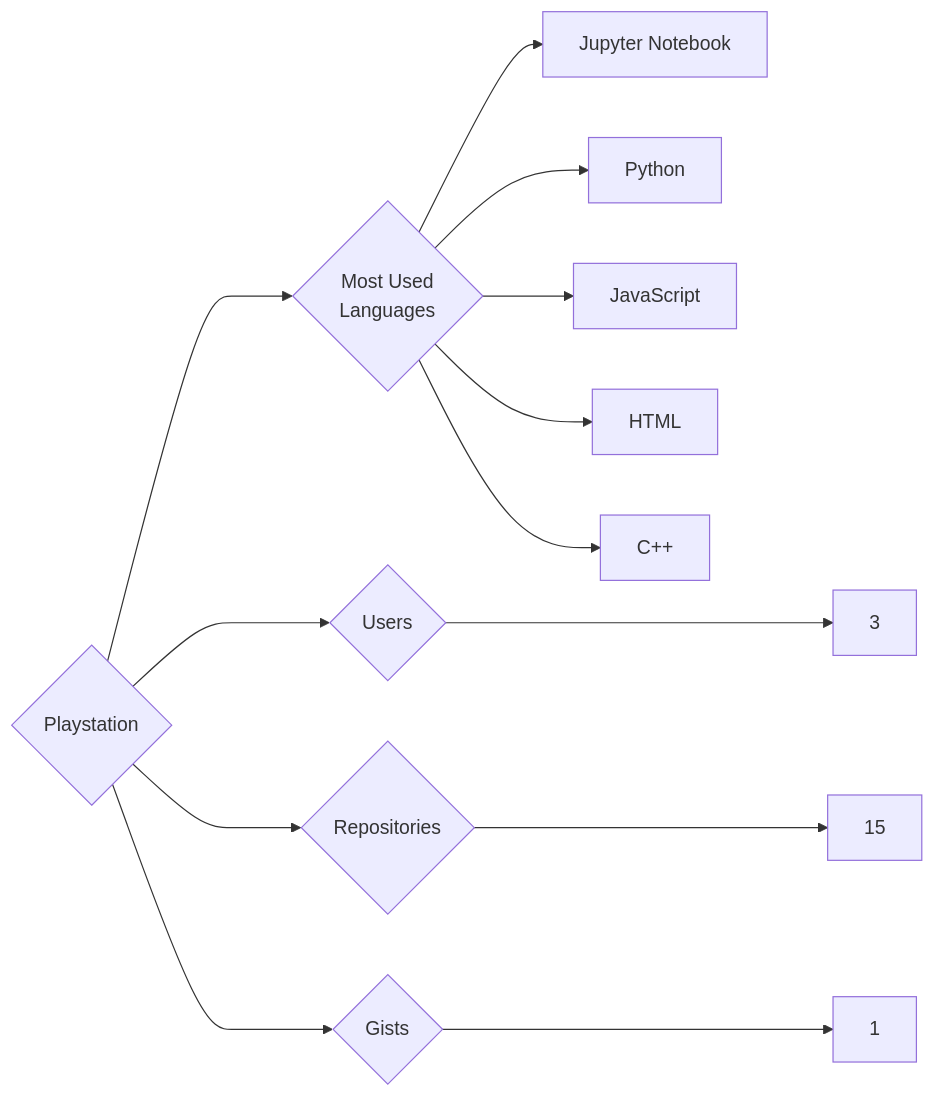
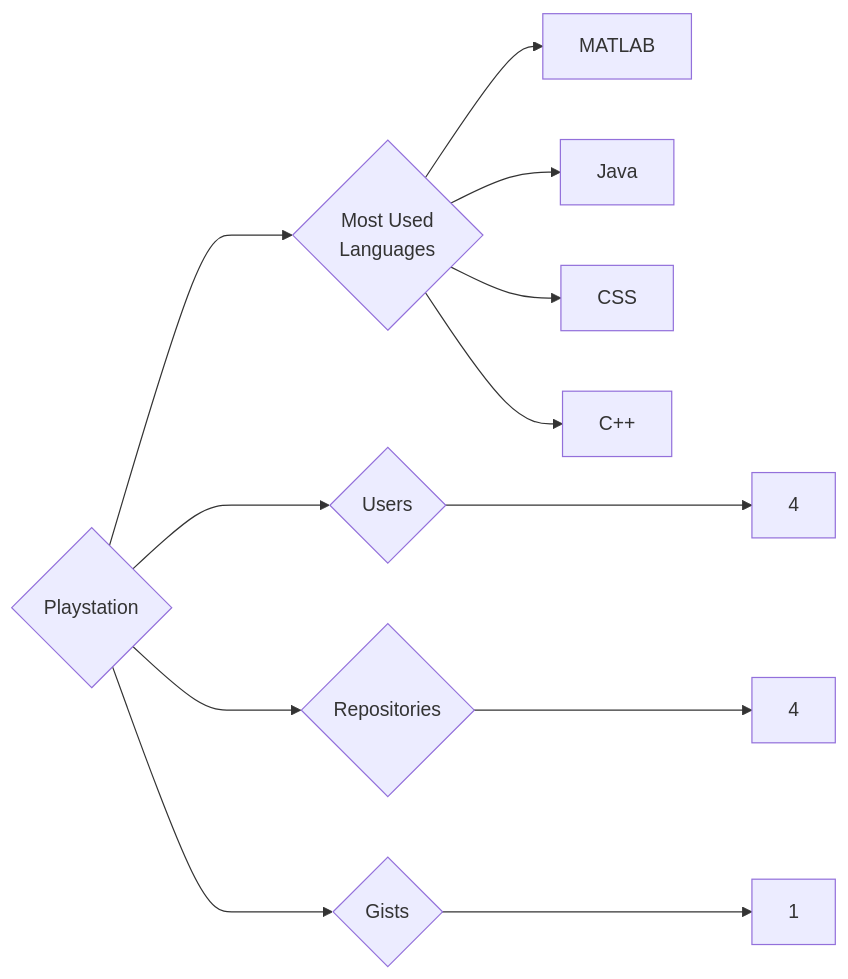
Before and after one commit to trickest/insiders: the diagram in targets/Playstation/README.md, drawn with Mermaid. The commit also changed 972 other files, not shown here.

````diff
--- a/targets/Playstation/README.md
+++ b/targets/Playstation/README.md
@@ -3,13 +3,12 @@
 ```mermaid
 graph LR
 COMPANY_NAME{Playstation}
-COMPANY_NAME ---> U{Users} ---> UN[3]
-COMPANY_NAME ---> R{Repositories} ---> RN[15]
+COMPANY_NAME ---> U{Users} ---> UN[4]
+COMPANY_NAME ---> R{Repositories} ---> RN[4]
 COMPANY_NAME ---> G{Gists} ---> GN[1]
 COMPANY_NAME ---> ML{Most Used<br>Languages}
-ML --> Jupyter_Notebook[Jupyter Notebook]
-ML --> Python[Python]
-ML --> JavaScript[JavaScript]
-ML --> HTML[HTML]
+ML --> MATLAB[MATLAB]
+ML --> Java[Java]
+ML --> CSS[CSS]
 ML --> C++[C++]
 ```
````
